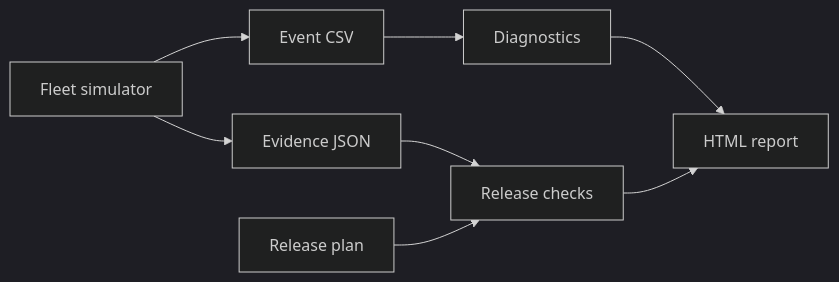
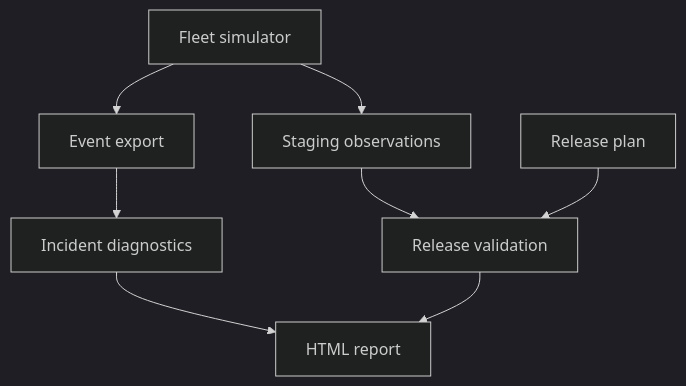
The diagram in README.md (fardeenshroff/robotics-fleet-ops), drawn with Mermaid (dark theme) before and after one commit. The commit also changed other lines of this file, not shown here.

Commit message:
Improve Robotics Fleet Ops README and demo walkthrough

````diff
--- a/README.md
+++ b/README.md
@@ -96,10 +75,10 @@
 ```mermaid
-flowchart LR
-    Sim["Fleet simulator"] --> Events["Event CSV"]
-    Sim --> Evidence["Evidence JSON"]
-    Events --> Diag["Diagnostics"]
-    Evidence --> Validate["Release checks"]
+flowchart TD
+    Sim["Fleet simulator"] --> Events["Event export"]
+    Sim --> Evidence["Staging observations"]
+    Events --> Diag["Incident diagnostics"]
+    Evidence --> Validate["Release validation"]
     Plan["Release plan"] --> Validate
     Diag --> Report["HTML report"]
     Validate --> Report
 ```
````
